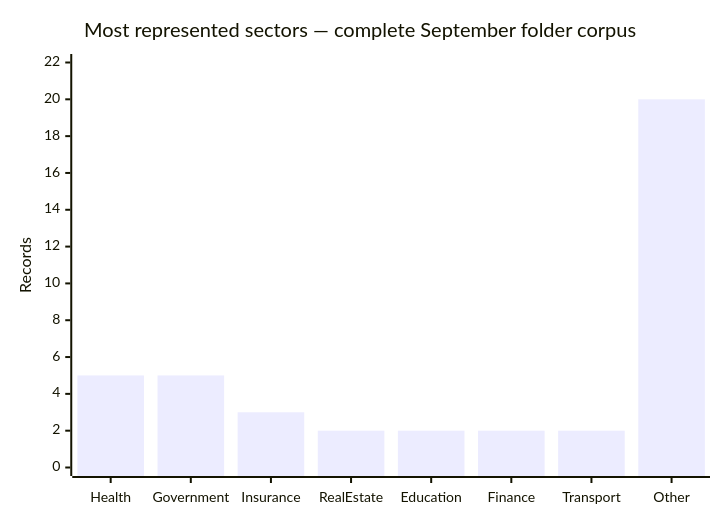
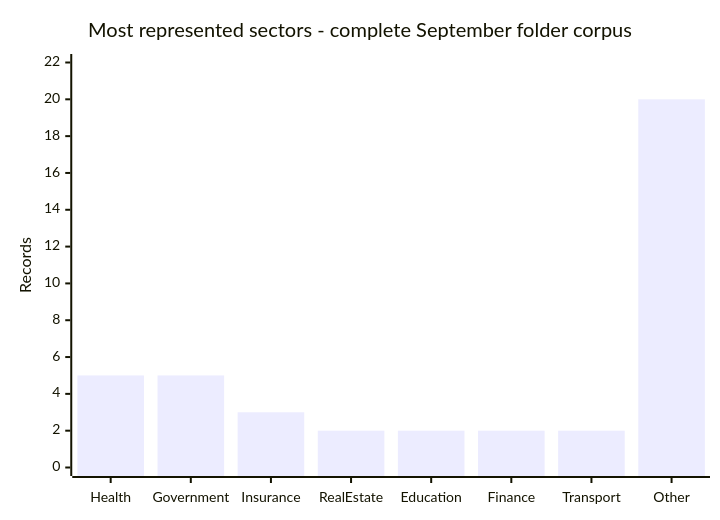
Before and after one commit to Hatchepsoute/AFRINTEL: the sixth of 10 diagrams in CyberAttackAfrica/2026/09-september/README.md, drawn with Mermaid. The commit also changed other lines of this file and 35 other files, not shown here.

````diff
--- a/CyberAttackAfrica/2026/09-september/README.md
+++ b/CyberAttackAfrica/2026/09-september/README.md
@@ -190,7 +190,7 @@
 ```mermaid
 xychart-beta
-    title "Most represented sectors — complete September folder corpus"
+    title "Most represented sectors  -  complete September folder corpus"
     x-axis [Health, Government, Insurance, RealEstate, Education, Finance, Transport, Other]
     y-axis "Records" 0 --> 22
     bar [5, 5, 3, 2, 2, 2, 2, 20]
 ```
````
